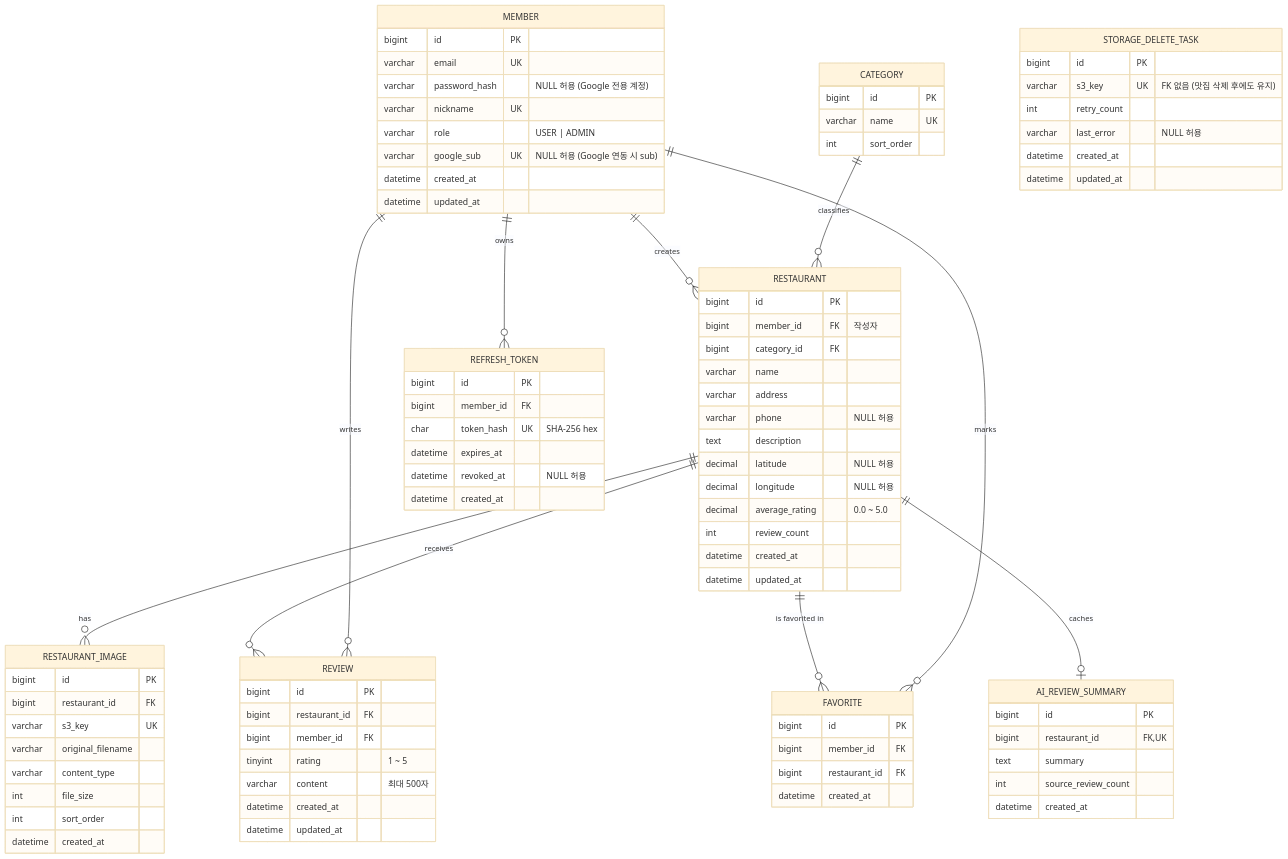
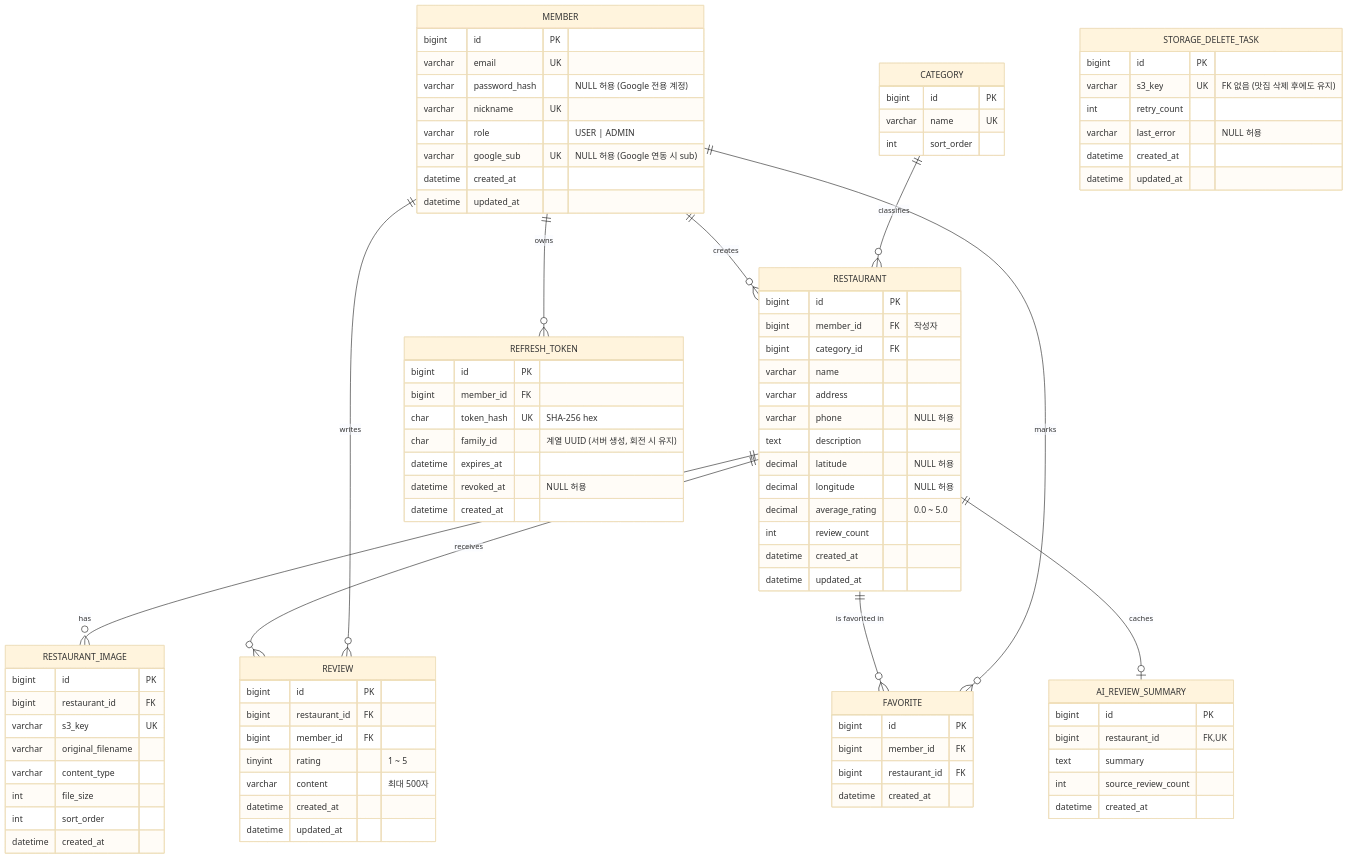
One commit to keosin6/busan-local-food changed the diagram in docs/DATABASE_ERD.md. Above: the diagram before and after it, drawn with Mermaid (base theme). The commit also changed other lines of this file and 6 other files, not shown here.

```diff
--- a/docs/DATABASE_ERD.md
+++ b/docs/DATABASE_ERD.md
@@ -92,6 +92,7 @@
         bigint id PK
         bigint member_id FK
         char token_hash UK "SHA-256 hex"
+        char family_id "계열 UUID (서버 생성, 회전 시 유지)"
         datetime expires_at
         datetime revoked_at "NULL 허용"
         datetime created_at
```
